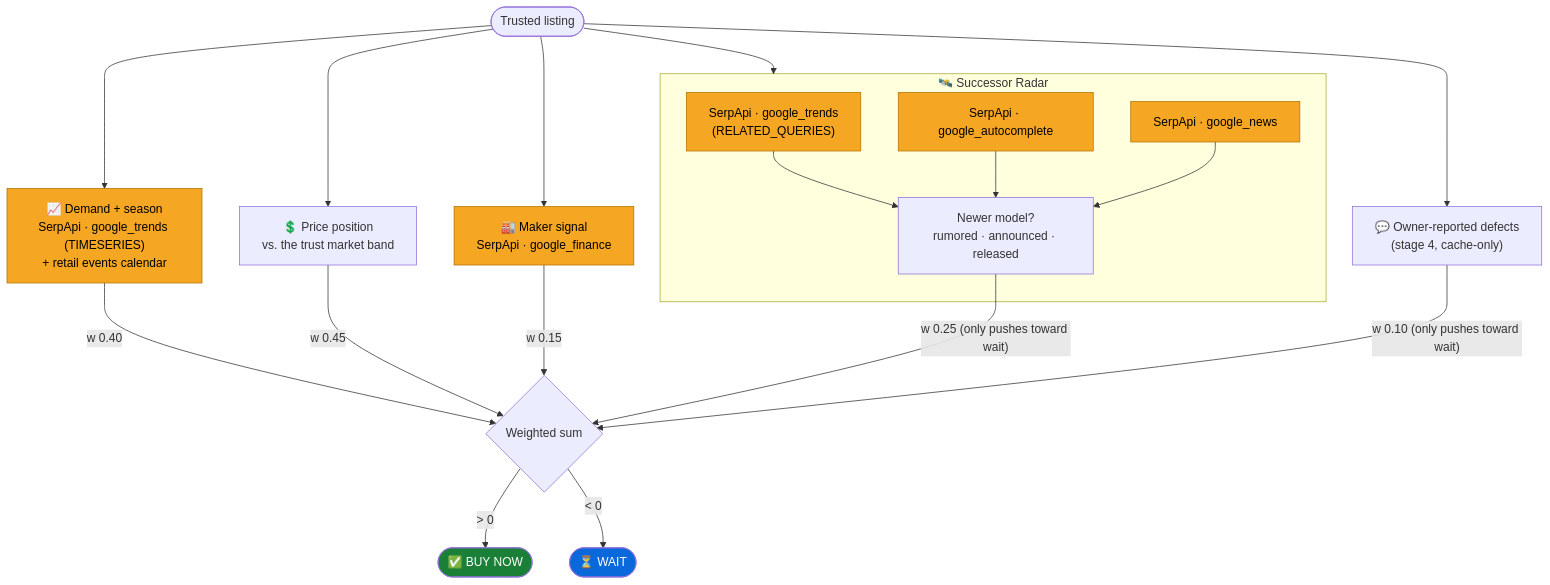
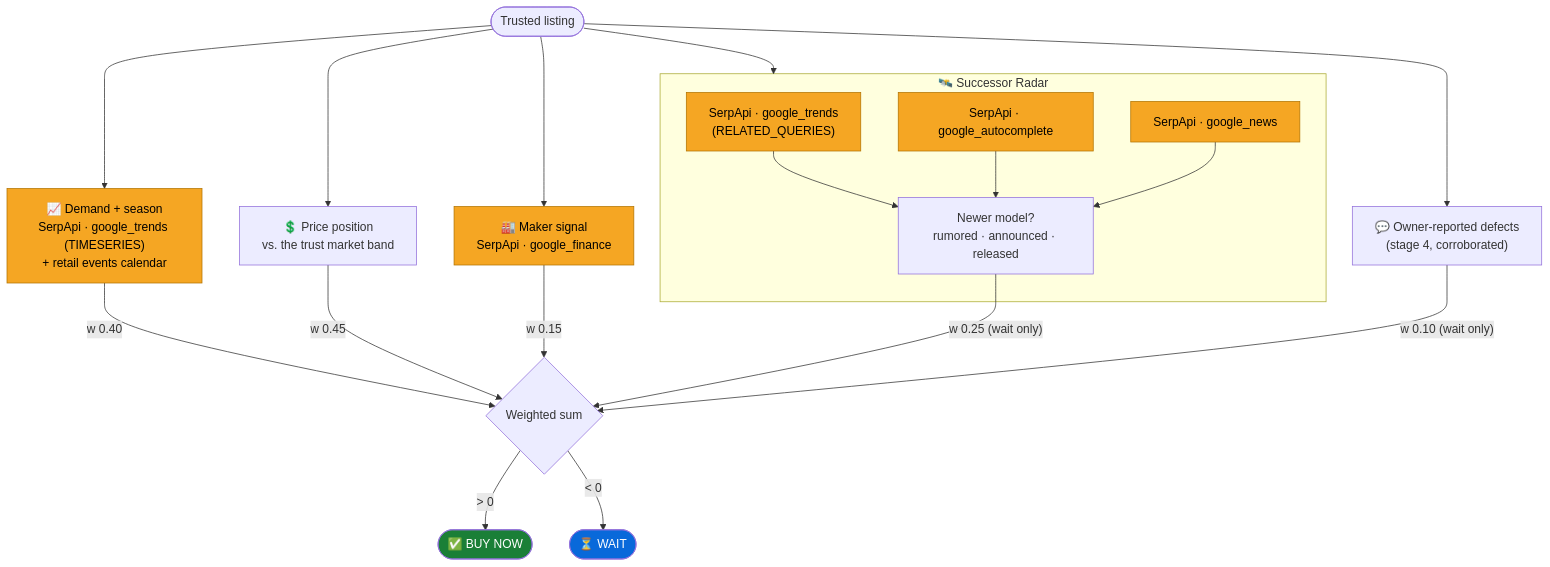
One commit to YashIIT0909/Clarity changed the fourth of 6 diagrams in README.md. Above: the diagram before and after it, drawn with Mermaid. The commit also changed other lines of this file, not shown here.

Commit message:
docs: update README with MCP support, multi-market details, and updated architecture descriptions

````diff
--- a/README.md
+++ b/README.md
@@ -218,29 +203,29 @@
 ```mermaid
 flowchart TD
     OK(["Trusted listing"]) --> D & PP & MK & LC & OW
 
     D["📈 Demand + season<br/>SerpApi · google_trends (TIMESERIES)<br/>+ retail events calendar"]
     PP["💲 Price position<br/>vs. the trust market band"]
     MK["🏭 Maker signal<br/>SerpApi · google_finance"]
-    OW["💬 Owner-reported defects<br/>(stage 4, cache-only)"]
+    OW["💬 Owner-reported defects<br/>(stage 4, corroborated)"]
 
     subgraph LC["🛰️ Successor Radar"]
         TR["SerpApi · google_trends<br/>(RELATED_QUERIES)"]
         AC["SerpApi · google_autocomplete"]
         GN["SerpApi · google_news"]
         TR & AC & GN --> RS["Newer model?<br/>rumored · announced · released"]
     end
 
     D -- "w 0.40" --> SUM
     PP -- "w 0.45" --> SUM
     MK -- "w 0.15" --> SUM
-    RS -- "w 0.25 (only pushes toward wait)" --> SUM
-    OW -- "w 0.10 (only pushes toward wait)" --> SUM
+    RS -- "w 0.25 (wait only)" --> SUM
+    OW -- "w 0.10 (wait only)" --> SUM
     SUM{"Weighted sum"} -- "> 0" --> B(["✅ BUY NOW"])
     SUM -- "< 0" --> WT(["⏳ WAIT"])
 
     classDef serp fill:#f5a623,stroke:#b37400,color:#000
     class D,MK,TR,AC,GN serp
     style B fill:#1a7f37,color:#fff
     style WT fill:#0969da,color:#fff
 ```
````
